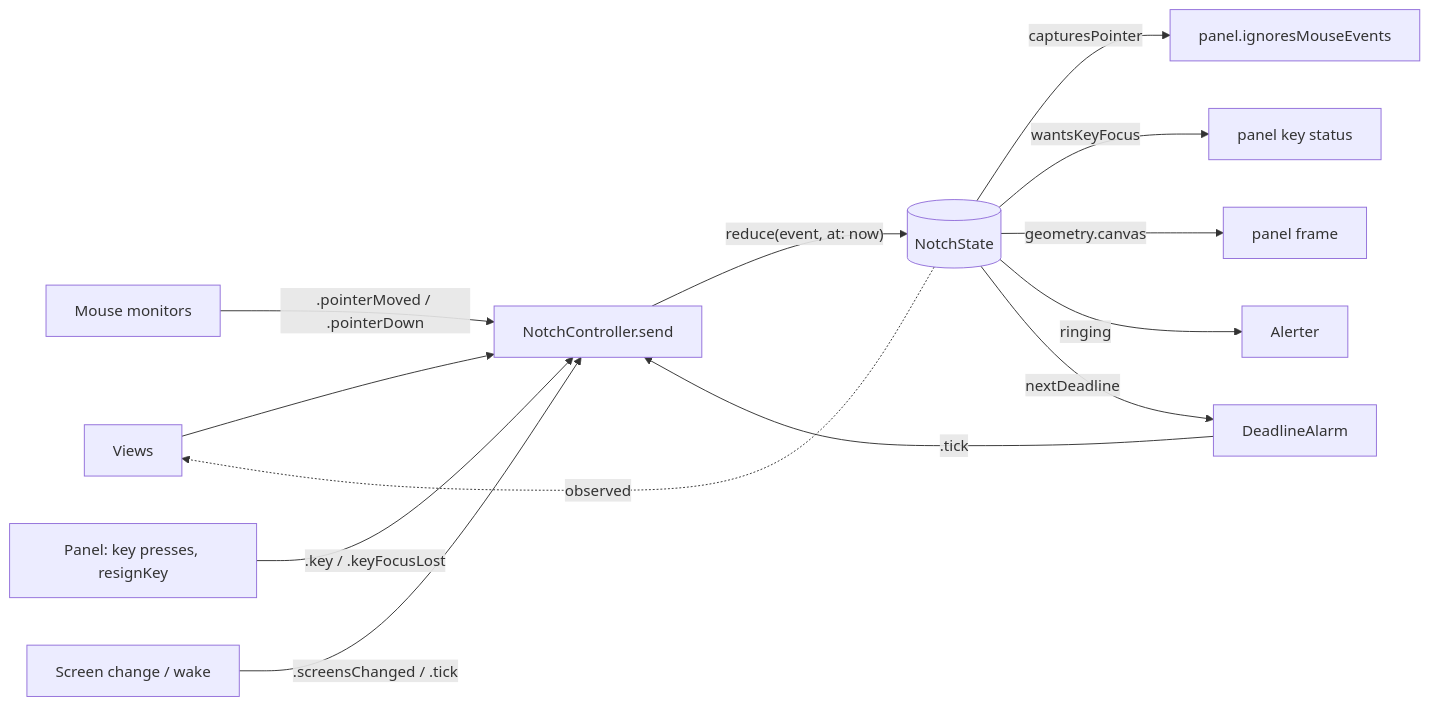
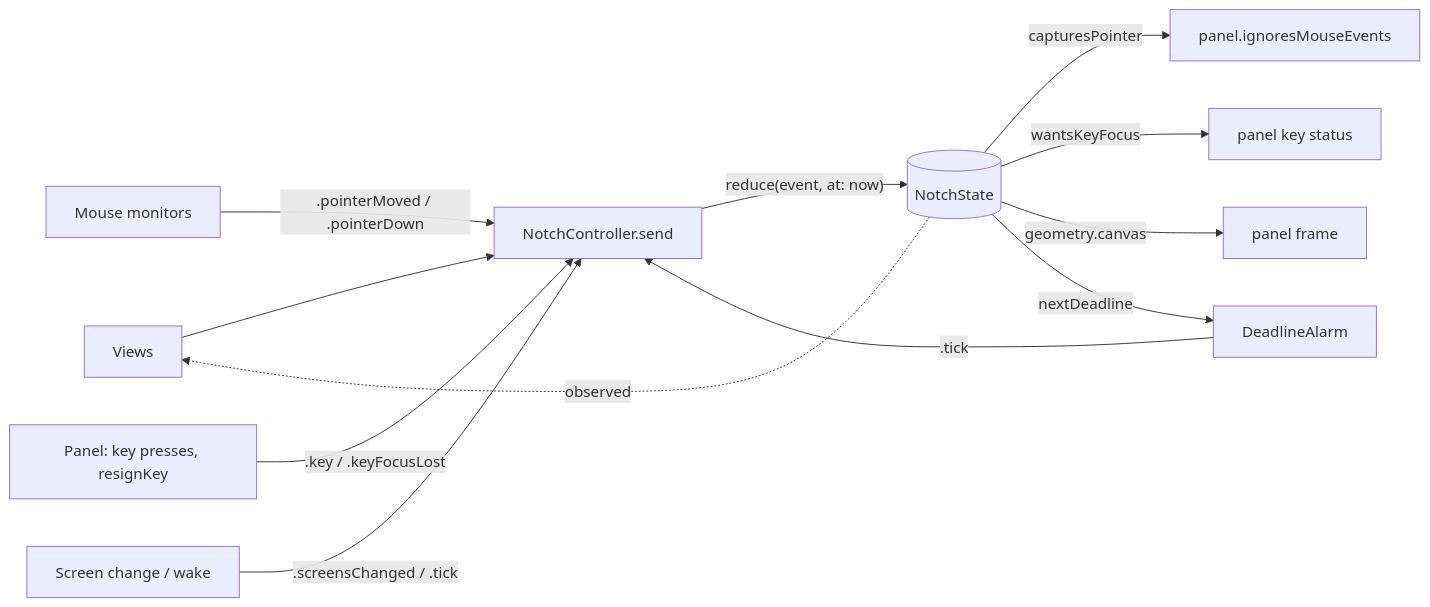
Before and after one commit to andrewv426/Notched: the diagram in docs/architecture.md, drawn with Mermaid. The commit also changed other lines of this file and 15 other files, not shown here.

````diff
--- a/docs/architecture.md
+++ b/docs/architecture.md
@@ -29,15 +29,14 @@
 ```mermaid
 flowchart LR
   V[Views] --> C[NotchController.send]
   M[Mouse monitors] -- ".pointerMoved / .pointerDown" --> C
   P[Panel: key presses, resignKey] -- ".key / .keyFocusLost" --> C
   N[Screen change / wake] -- ".screensChanged / .tick" --> C
   C -- "reduce(event, at: now)" --> S[(NotchState)]
   S -- "capturesPointer" --> PW[panel.ignoresMouseEvents]
   S -- "wantsKeyFocus" --> PK[panel key status]
   S -- "geometry.canvas" --> PF[panel frame]
-  S -- "ringing" --> AL[Alerter]
   S -- "nextDeadline" --> DA[DeadlineAlarm]
   DA -- ".tick" --> C
   S -. "observed" .-> V
 ```
````
